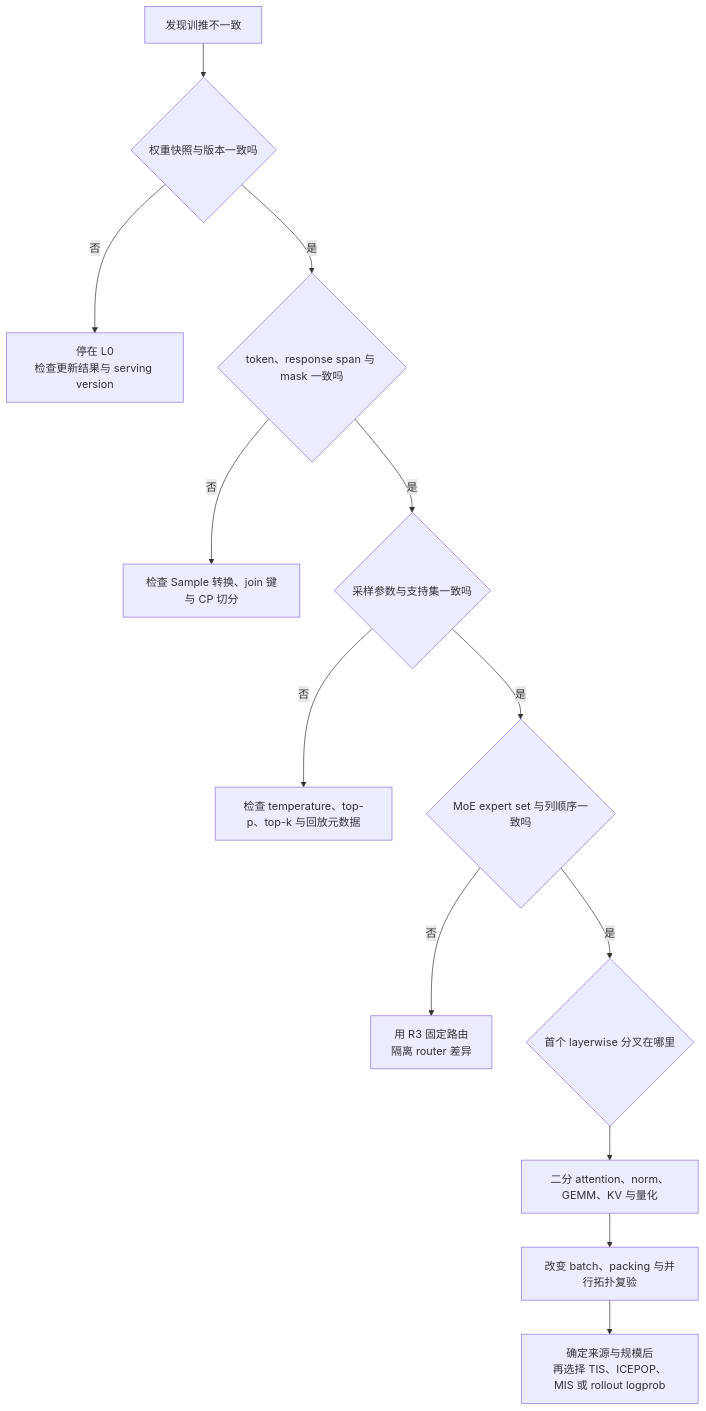
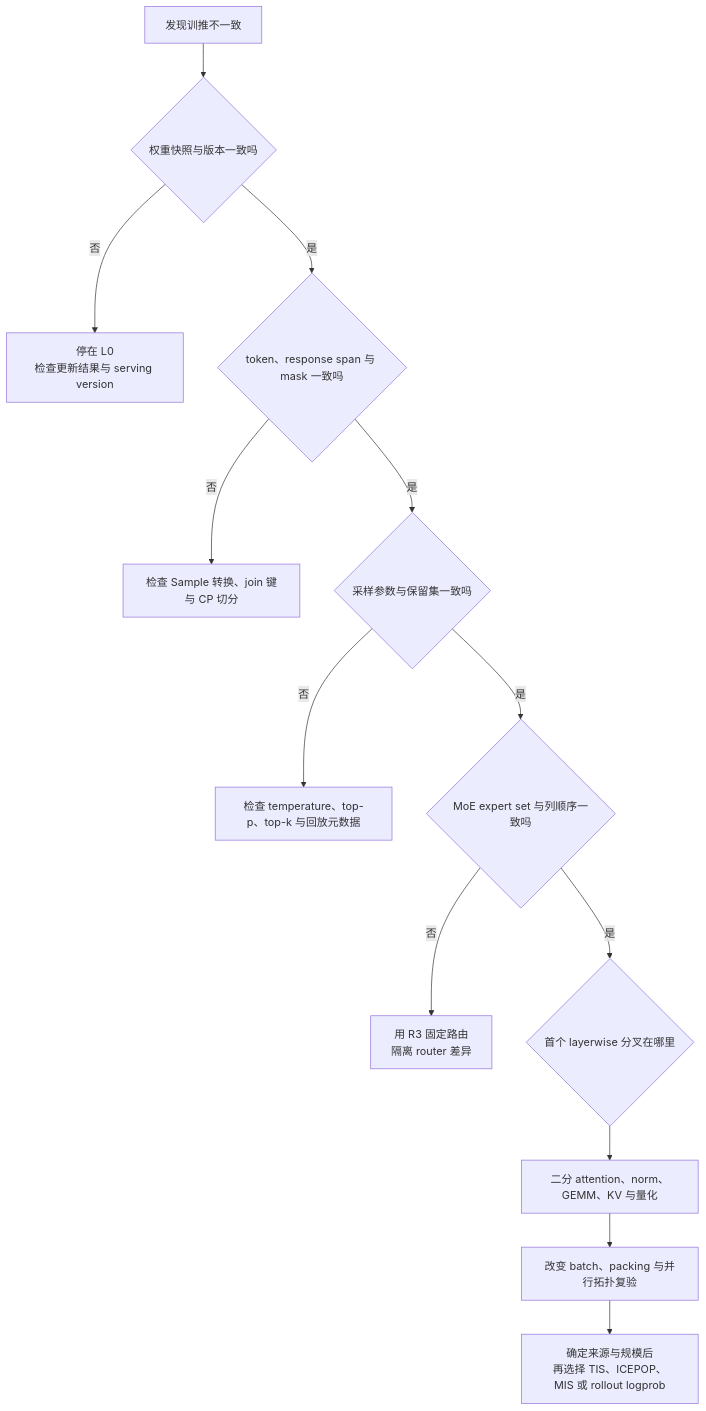
One commit to suhaibo666/llm-knowledge changed the fourth of 4 diagrams in wiki/02_engineering/04_posttrain_frameworks/slime/17_slime_train_inference_consistency_analysis.md. Above: the diagram before and after it, drawn with Mermaid. The commit also changed other lines of this file and 223 other files, not shown here.

````diff
--- a/wiki/02_engineering/04_posttrain_frameworks/slime/17_slime_train_inference_consistency_analysis.md
+++ b/wiki/02_engineering/04_posttrain_frameworks/slime/17_slime_train_inference_consistency_analysis.md
@@ -363,15 +437,15 @@
 ```mermaid
 flowchart TD
     A["发现训推不一致"] --> W{"权重快照与版本一致吗"}
     W -->|否| W0["停在 L0<br/>检查更新结果与 serving version"]
     W -->|是| I{"token、response span 与 mask 一致吗"}
     I -->|否| I0["检查 Sample 转换、join 键与 CP 切分"]
-    I -->|是| S{"采样参数与支持集一致吗"}
+    I -->|是| S{"采样参数与保留集一致吗"}
     S -->|否| S0["检查 temperature、top-p、top-k 与回放元数据"]
     S -->|是| R{"MoE expert set 与列顺序一致吗"}
     R -->|否| R0["用 R3 固定路由<br/>隔离 router 差异"]
     R -->|是| K{"首个 layerwise 分叉在哪里"}
     K --> K0["二分 attention、norm、GEMM、KV 与量化"]
     K0 --> P["改变 batch、packing 与并行拓扑复验"]
     P --> C["确定来源与规模后<br/>再选择 TIS、ICEPOP、MIS 或 rollout logprob"]
 ```
````
